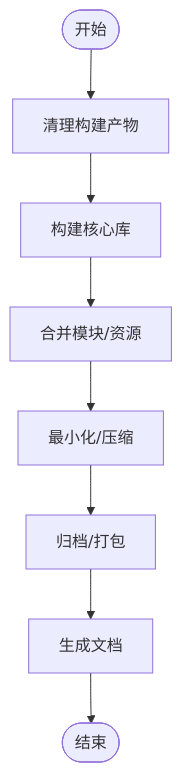
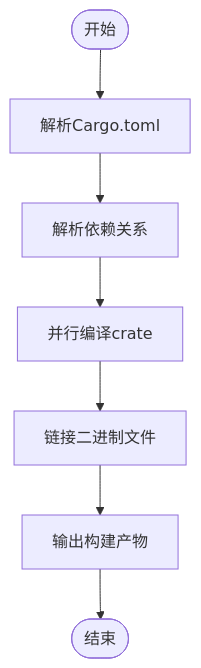
One commit to rzhangjing/cesium changed the third of 6 diagrams in .qoder/repowiki/zh/content/构建与部署/构建系统配置/构建系统配置.md. Above: the diagram before and after it, drawn with Mermaid. The commit also changed other lines of this file and 74 other files, not shown here.

````diff
--- a/.qoder/repowiki/zh/content/构建与部署/构建系统配置/构建系统配置.md
+++ b/.qoder/repowiki/zh/content/构建与部署/构建系统配置/构建系统配置.md
@@ -181,10 +129,9 @@
 ```mermaid
 flowchart TD
-Start(["开始"]) --> Clean["清理构建产物"]
-Clean --> BuildCore["构建核心库"]
-BuildCore --> Combine["合并模块/资源"]
-Combine --> Minify["最小化/压缩"]
-Minify --> Package["归档/打包"]
-Package --> Docs["生成文档"]
-Docs --> End(["结束"])
+Start(["开始"]) --> Parse["解析Cargo.toml"]
+Parse --> Resolve["解析依赖关系"]
+Resolve --> Compile["并行编译crate"]
+Compile --> Link["链接二进制文件"]
+Link --> Output["输出构建产物"]
+Output --> End(["结束"])
 ```
````
